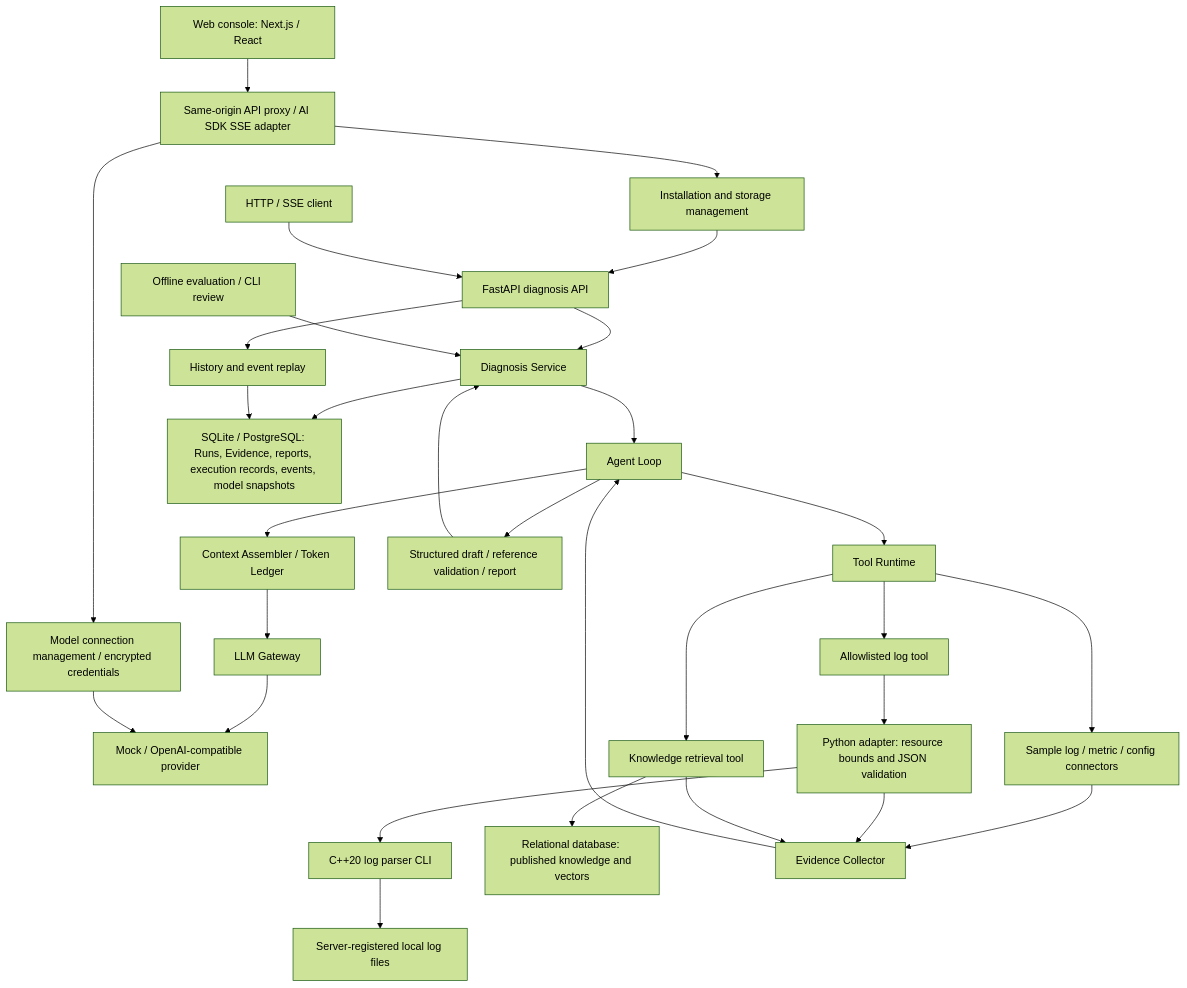
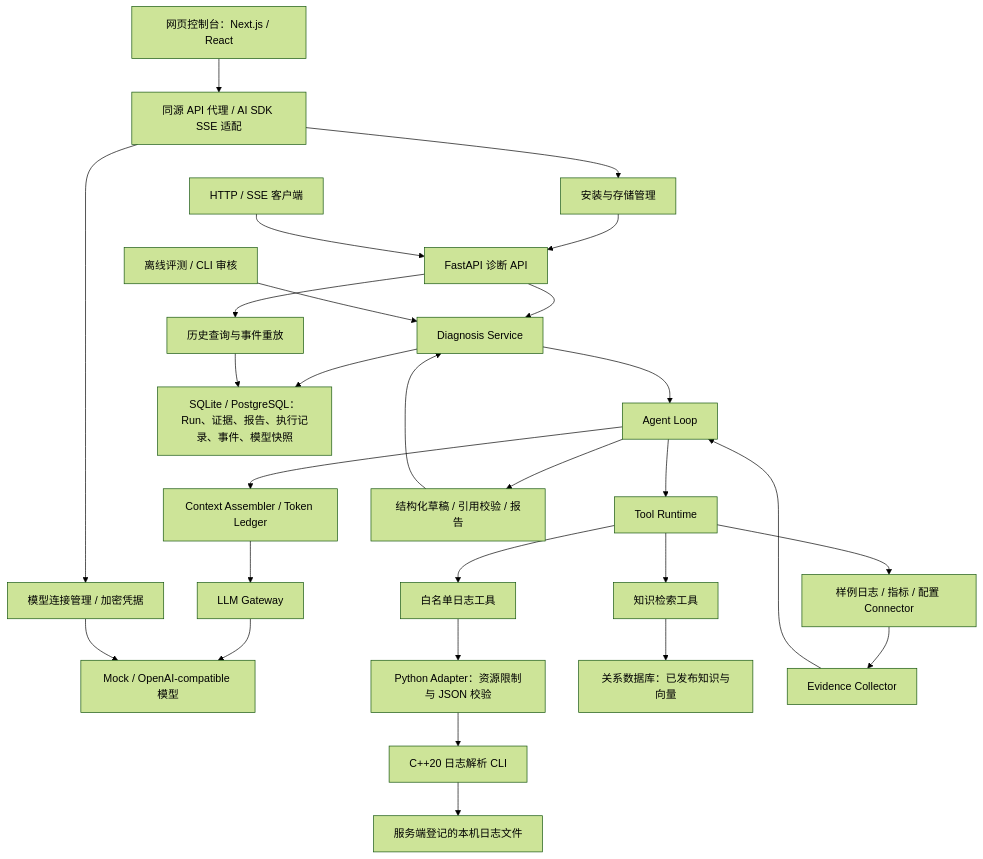
The diagram in README.md (Rrrayy/EvidenceOps), drawn with Mermaid (forest theme) before and after one commit. The commit also changed other lines of this file and 4 other files, not shown here.

````diff
--- a/README.md
+++ b/README.md
@@ -159,32 +163,30 @@
 ```mermaid
 flowchart TD
-    Browser["Web console: Next.js / React"] --> Proxy["Same-origin API proxy / AI SDK SSE adapter"]
-    Proxy --> Install["Installation and storage management"]
-    Install --> API["FastAPI diagnosis API"]
-    Client["HTTP / SSE client"] --> API
+    Browser["网页控制台：Next.js / React"] --> Proxy["同源 API 代理 / AI SDK SSE 适配"]
+    Proxy --> Install["安装与存储管理"]
+    Install --> API["FastAPI 诊断 API"]
+    Client["HTTP / SSE 客户端"] --> API
     API --> Service["Diagnosis Service"]
     Service --> Loop["Agent Loop"]
     Loop --> Context["Context Assembler / Token Ledger"]
     Context --> Gateway["LLM Gateway"]
-    Gateway --> Provider["Mock / OpenAI-compatible provider"]
+    Gateway --> Provider["Mock / OpenAI-compatible 模型"]
     Loop --> Runtime["Tool Runtime"]
-    Runtime --> Samples["Sample log / metric / config connectors"]
-    Runtime --> Parsed["Allowlisted log tool"]
-    Parsed --> Adapter["Python adapter: resource bounds and JSON validation"]
-    Adapter --> CLI["C++20 log parser CLI"]
-    CLI --> Files["Server-registered local log files"]
-    Runtime --> Knowledge["Knowledge retrieval tool"]
-    Knowledge --> Corpus["Relational database: published knowledge and vectors"]
+    Runtime --> Samples["样例日志 / 指标 / 配置 Connector"]
+    Runtime --> Parsed["白名单日志工具"]
+    Parsed --> Adapter["Python Adapter：资源限制与 JSON 校验"]
+    Adapter --> CLI["C++20 日志解析 CLI"]
+    CLI --> Files["服务端登记的本机日志文件"]
+    Runtime --> Knowledge["知识检索工具"]
+    Knowledge --> Corpus["关系数据库：已发布知识与向量"]
     Samples --> Evidence["Evidence Collector"]
-    Adapter --> Evidence
-    Knowledge --> Evidence
     Evidence --> Loop
-    Loop --> Report["Structured draft / reference validation / report"]
+    Loop --> Report["结构化草稿 / 引用校验 / 报告"]
     Report --> Service
-    Service --> Store["SQLite / PostgreSQL: Runs, Evidence, reports, execution records, events, model snapshots"]
-    API --> History["History and event replay"]
+    Service --> Store["SQLite / PostgreSQL：Run、证据、报告、执行记录、事件、模型快照"]
+    API --> History["历史查询与事件重放"]
     History --> Store
-    Proxy --> Connections["Model connection management / encrypted credentials"]
+    Proxy --> Connections["模型连接管理 / 加密凭据"]
     Connections --> Provider
-    Eval["Offline evaluation / CLI review"] --> Service
+    Eval["离线评测 / CLI 审核"] --> Service
 ```
````
